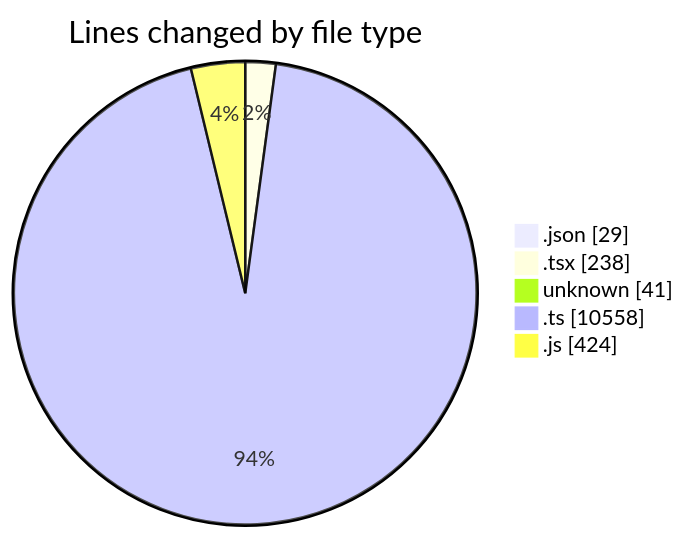
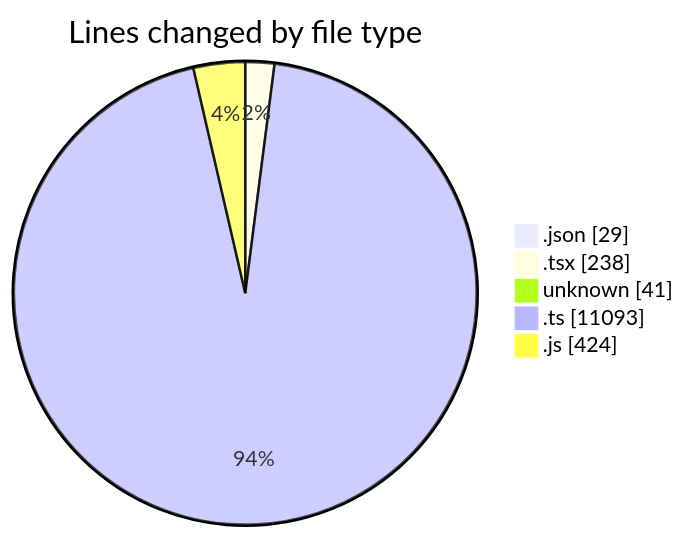
One commit to momahboobian/code-tracking changed the first of 2 diagrams in 2025-06-09/cda/README.md. Above: the diagram before and after it, drawn with Mermaid. The commit also changed other lines of this file and 1 other file, not shown here.

````diff
--- a/2025-06-09/cda/README.md
+++ b/2025-06-09/cda/README.md
@@ -27,9 +28,9 @@
 ```mermaid
 pie showData
 title Lines changed by file type
 ".json" : 29
 ".tsx" : 238
 "unknown" : 41
-".ts" : 10558
+".ts" : 11093
 ".js" : 424
 ```
````
